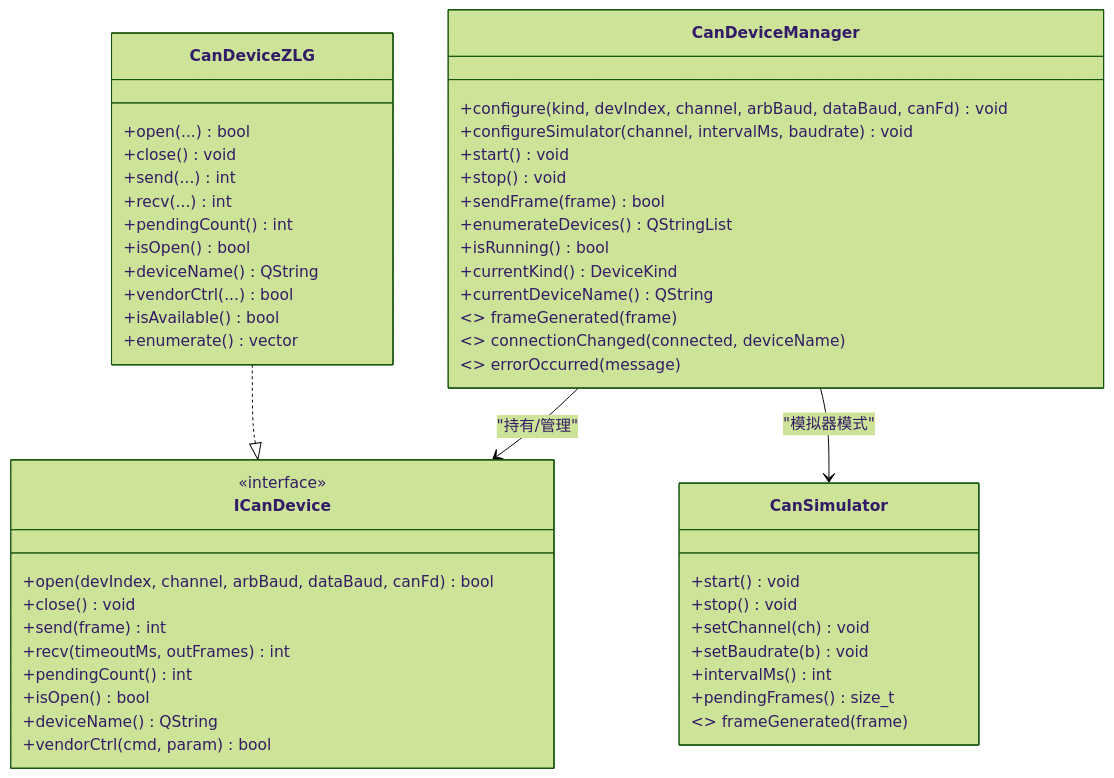
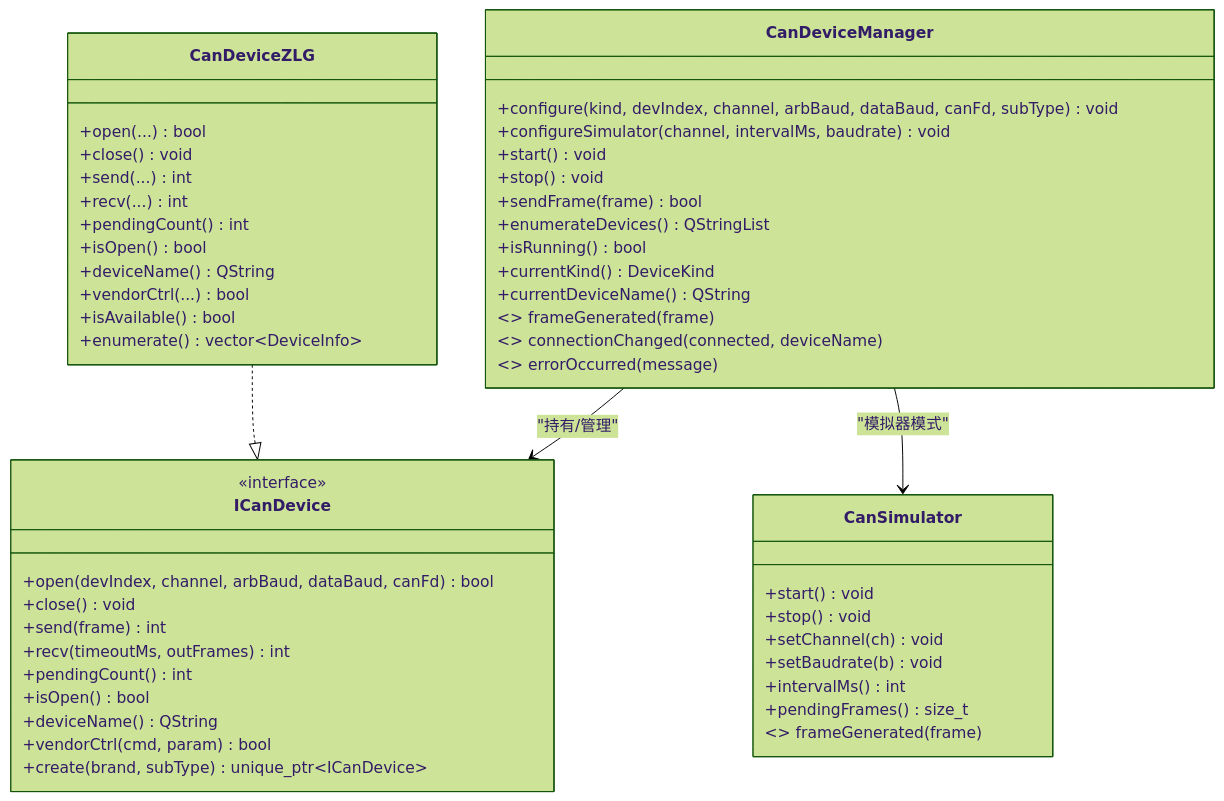
Before and after one commit to jakecai1225-design/OpenBus: the fourth of 5 diagrams in .qoder/repowiki/zh/content/架构设计/UI系统设计/设备连接界面.md, drawn with Mermaid (forest theme). The commit also changed other lines of this file and 109 other files, not shown here.

````diff
--- a/.qoder/repowiki/zh/content/架构设计/UI系统设计/设备连接界面.md
+++ b/.qoder/repowiki/zh/content/架构设计/UI系统设计/设备连接界面.md
@@ -219,52 +221,53 @@
 ```mermaid
 classDiagram
 class CanDeviceManager {
-+configure(kind, devIndex, channel, arbBaud, dataBaud, canFd) void
++configure(kind, devIndex, channel, arbBaud, dataBaud, canFd, subType) void
 +configureSimulator(channel, intervalMs, baudrate) void
 +start() void
 +stop() void
 +sendFrame(frame) bool
 +enumerateDevices() QStringList
 +isRunning() bool
 +currentKind() DeviceKind
 +currentDeviceName() QString
 <<signals>> frameGenerated(frame)
 <<signals>> connectionChanged(connected, deviceName)
 <<signals>> errorOccurred(message)
 }
 class ICanDevice {
 <<interface>>
 +open(devIndex, channel, arbBaud, dataBaud, canFd) bool
 +close() void
 +send(frame) int
 +recv(timeoutMs, outFrames) int
 +pendingCount() int
 +isOpen() bool
 +deviceName() QString
 +vendorCtrl(cmd, param) bool
++create(brand, subType) unique_ptr~ICanDevice~
 }
 class CanDeviceZLG {
 +open(...) bool
 +close() void
 +send(...) int
 +recv(...) int
 +pendingCount() int
 +isOpen() bool
 +deviceName() QString
 +vendorCtrl(...) bool
 +isAvailable() bool
-+enumerate() vector<DeviceInfo>
++enumerate() vector~DeviceInfo~
 }
 class CanSimulator {
 +start() void
 +stop() void
 +setChannel(ch) void
 +setBaudrate(b) void
 +intervalMs() int
 +pendingFrames() size_t
 <<signals>> frameGenerated(frame)
 }
 CanDeviceManager --> ICanDevice : "持有/管理"
 CanDeviceZLG ..|> ICanDevice
 CanDeviceManager --> CanSimulator : "模拟器模式"
 ```
````
